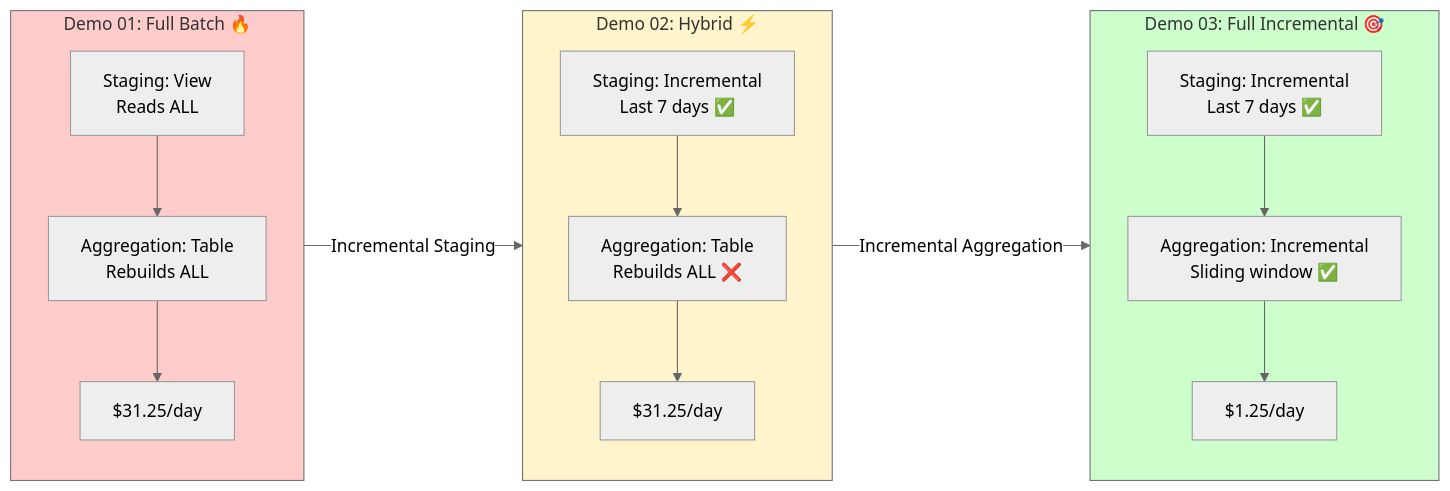
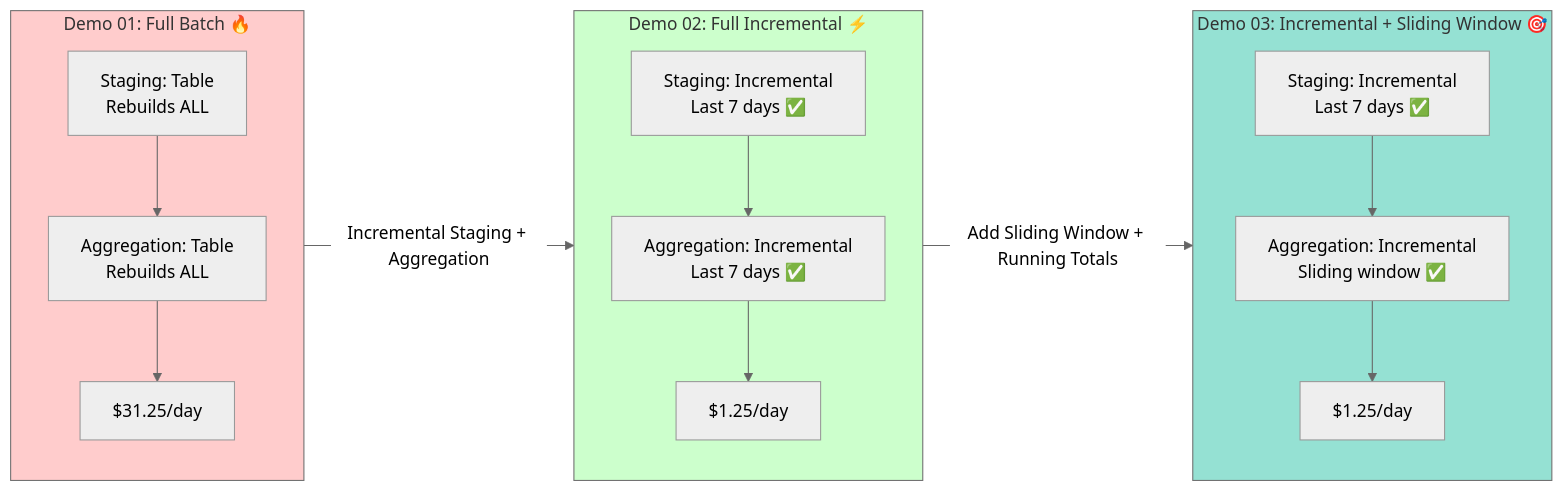
One commit to thosangs/dbt_incremental_agg changed the first of 3 diagrams in README.md. Above: the diagram before and after it, drawn with Mermaid (neutral theme). The commit also changed other lines of this file, not shown here.

````diff
--- a/README.md
+++ b/README.md
@@ -60,30 +60,30 @@
 ```mermaid
 graph LR
     subgraph V1["Demo 01: Full Batch 🔥"]
-        V1_Staging[Staging: View<br/>Reads ALL]
+        V1_Staging[Staging: Table<br/>Rebuilds ALL]
         V1_Agg[Aggregation: Table<br/>Rebuilds ALL]
         V1_Cost[$31.25/day]
         V1_Staging --> V1_Agg --> V1_Cost
     end
 
-    subgraph V2["Demo 02: Hybrid ⚡"]
+    subgraph V2["Demo 02: Full Incremental ⚡"]
         V2_Staging[Staging: Incremental<br/>Last 7 days ✅]
-        V2_Agg[Aggregation: Table<br/>Rebuilds ALL ❌]
-        V2_Cost[$31.25/day]
+        V2_Agg[Aggregation: Incremental<br/>Last 7 days ✅]
+        V2_Cost[$1.25/day]
         V2_Staging --> V2_Agg --> V2_Cost
     end
 
-    subgraph V3["Demo 03: Full Incremental 🎯"]
+    subgraph V3["Demo 03: Incremental + Sliding Window 🎯"]
         V3_Staging[Staging: Incremental<br/>Last 7 days ✅]
         V3_Agg[Aggregation: Incremental<br/>Sliding window ✅]
         V3_Cost[$1.25/day]
         V3_Staging --> V3_Agg --> V3_Cost
     end
 
-    V1 -->|Incremental Staging| V2
-    V2 -->|Incremental Aggregation| V3
+    V1 -->|Incremental Staging + Aggregation| V2
+    V2 -->|Add Sliding Window + Running Totals| V3
 
     style V1 fill:#ffcccc
-    style V2 fill:#fff4cc
-    style V3 fill:#ccffcc
+    style V2 fill:#ccffcc
+    style V3 fill:#95e1d3
 ```
````
